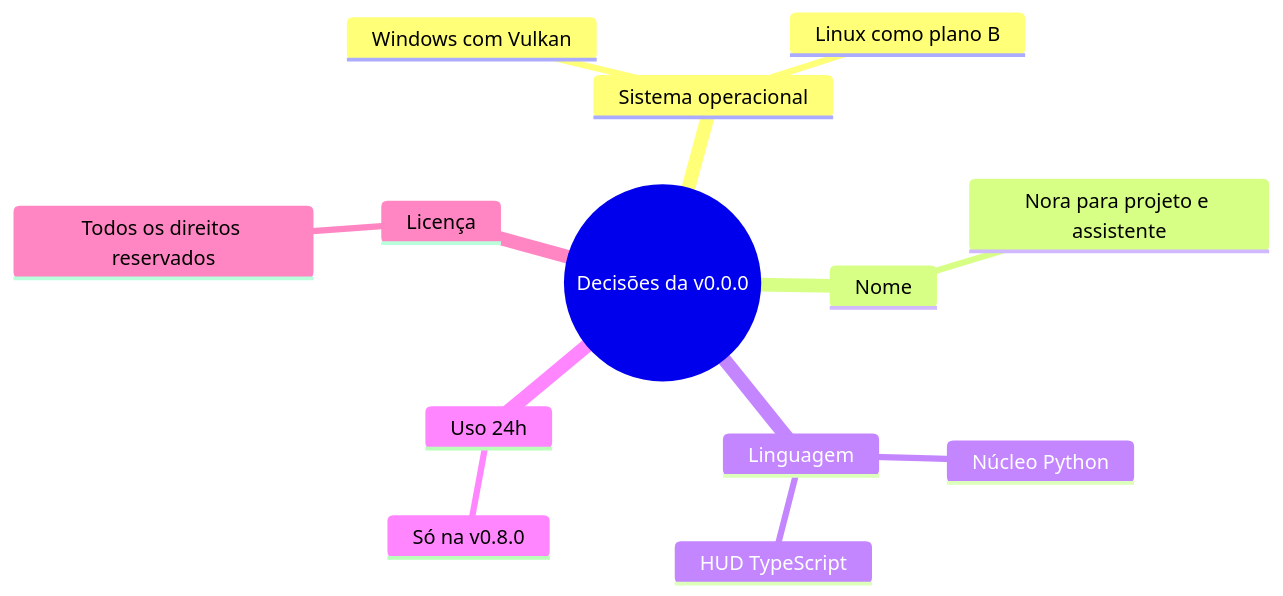
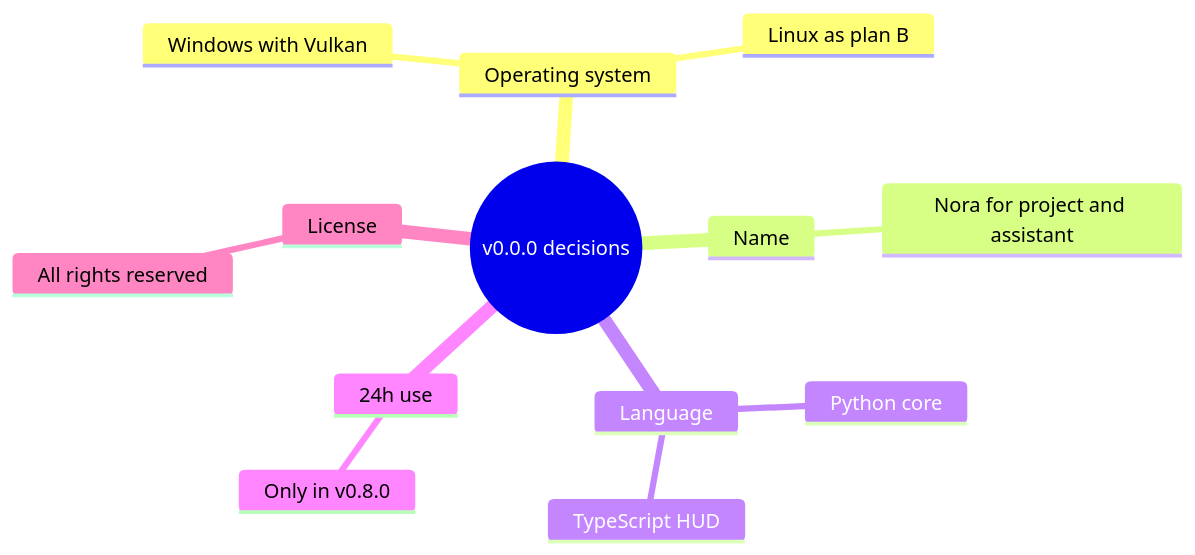
The fourth of 4 diagrams in docs/MAPA_MENTAL.md (Gabitoprof/Nora), drawn with Mermaid before and after one commit. The commit also changed other lines of this file and 81 other files, not shown here.

````diff
--- a/docs/MAPA_MENTAL.md
+++ b/docs/MAPA_MENTAL.md
@@ -178,16 +178,16 @@
 ```mermaid
 mindmap
-  root((Decisões da v0.0.0))
-    Sistema operacional
-      Windows com Vulkan
-      Linux como plano B
-    Nome
-      Nora para projeto e assistente
-    Linguagem
-      Núcleo Python
-      HUD TypeScript
-    Uso 24h
-      Só na v0.8.0
-    Licença
-      Todos os direitos reservados
+  root((v0.0.0 decisions))
+    Operating system
+      Windows with Vulkan
+      Linux as plan B
+    Name
+      Nora for project and assistant
+    Language
+      Python core
+      TypeScript HUD
+    24h use
+      Only in v0.8.0
+    License
+      All rights reserved
 ```
````
